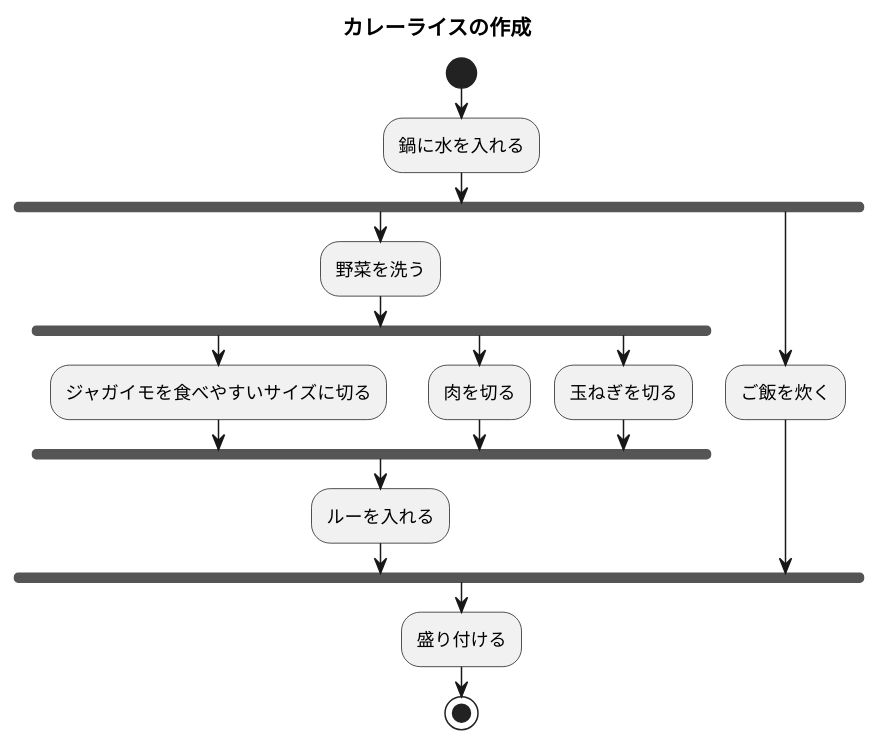
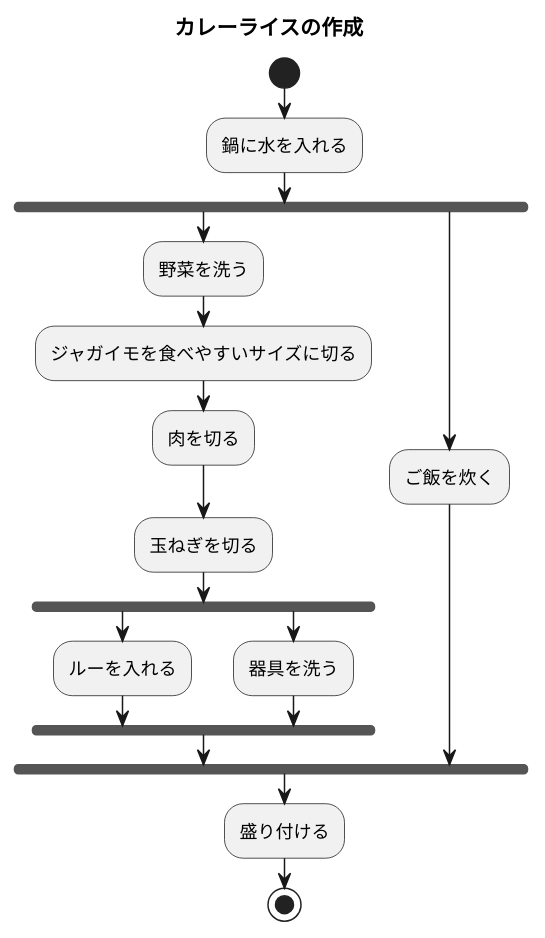
One commit to YumaSatou/uml-introduction changed the diagram in 7章練習_ACカレーライス.pu. Above: the diagram before and after it, drawn with PlantUML.

Commit message:
7章練習

```diff
--- a/7章練習_ACカレーライス.pu
+++ b/7章練習_ACカレーライス.pu
@@ -1,21 +1,27 @@
 @startuml カレーライス
 title カレーライスの作成
 start
 :鍋に水を入れる;
 fork
 :野菜を洗う;
-fork
+
 :ジャガイモを食べやすいサイズに切る;
-fork again
+
 :肉を切る;
 
+
+:玉ねぎを切る;
+
+
+fork
+:ルーを入れる;
 fork again
-:玉ねぎを切る;
+:器具を洗う;
 end fork
-:ルーを入れる;
+
 fork again
 :ご飯を炊く;
 end fork
 :盛り付ける;
 stop
 @enduml
```
